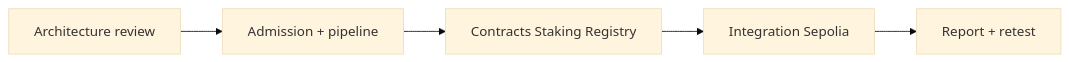
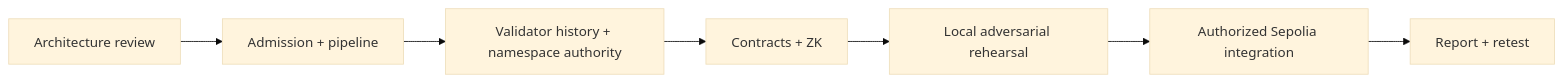
One commit to samuel-1-avson/chain-registry-blockchain-CREG- changed the diagram in docs/SEC-401-AUDIT-SCOPE.md. Above: the diagram before and after it, drawn with Mermaid (base theme). The commit also changed other lines of this file and 105 other files, not shown here.

````diff
--- a/docs/SEC-401-AUDIT-SCOPE.md
+++ b/docs/SEC-401-AUDIT-SCOPE.md
@@ -119,7 +164,9 @@
 ```mermaid
 flowchart LR
     A[Architecture review] --> B[Admission + pipeline]
-    B --> C[Contracts Staking Registry]
-    C --> D[Integration Sepolia]
-    D --> E[Report + retest]
+    B --> C[Validator history + namespace authority]
+    C --> D[Contracts + ZK]
+    D --> E[Local adversarial rehearsal]
+    E --> F[Authorized Sepolia integration]
+    F --> G[Report + retest]
 ```
````
